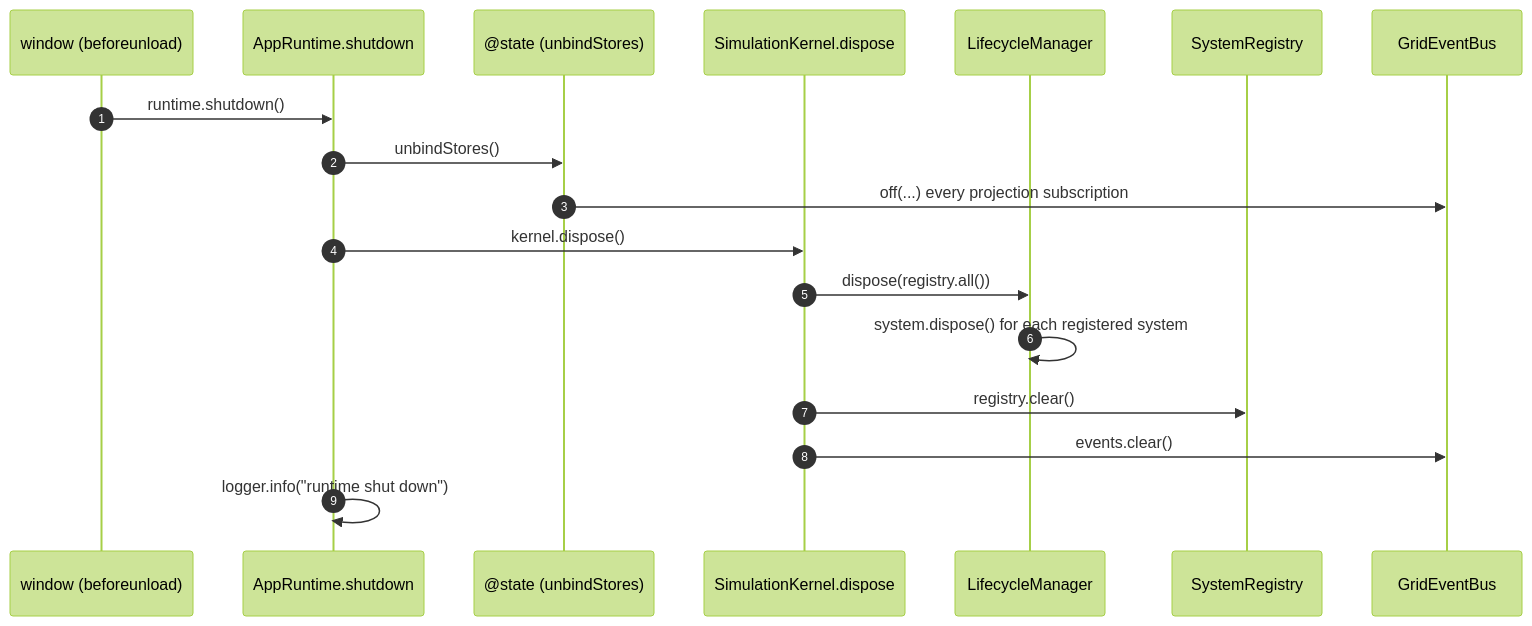
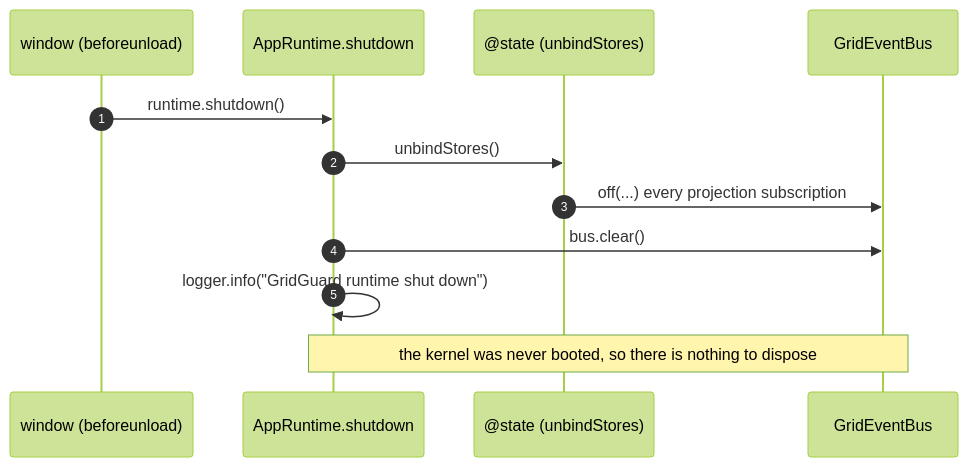
The diagram in docs/architecture/15-shutdown-sequence.md (GalacticVraj/IEEEMETAVERSE), drawn with Mermaid (forest theme) before and after one commit. The commit also changed other lines of this file and 84 other files, not shown here.

First line of the commit message:
feat: GridGuard v2 Phase 2 — deterministic Simulation Kernel

````diff
--- a/docs/architecture/15-shutdown-sequence.md
+++ b/docs/architecture/15-shutdown-sequence.md
@@ -19,21 +19,15 @@
 ```mermaid
 sequenceDiagram
     autonumber
     participant W as window (beforeunload)
     participant RT as AppRuntime.shutdown
     participant ST as @state (unbindStores)
-    participant K as SimulationKernel.dispose
-    participant LC as LifecycleManager
-    participant REG as SystemRegistry
     participant BUS as GridEventBus
 
     W->>RT: runtime.shutdown()
     RT->>ST: unbindStores()
     ST->>BUS: off(...) every projection subscription
-    RT->>K: kernel.dispose()
-    K->>LC: dispose(registry.all())
-    LC->>LC: system.dispose() for each registered system
-    K->>REG: registry.clear()
-    K->>BUS: events.clear()
-    RT->>RT: logger.info("runtime shut down")
+    RT->>BUS: bus.clear()
+    RT->>RT: logger.info("GridGuard runtime shut down")
+    Note over RT,BUS: the kernel was never booted, so there is nothing to dispose
 ```
````
